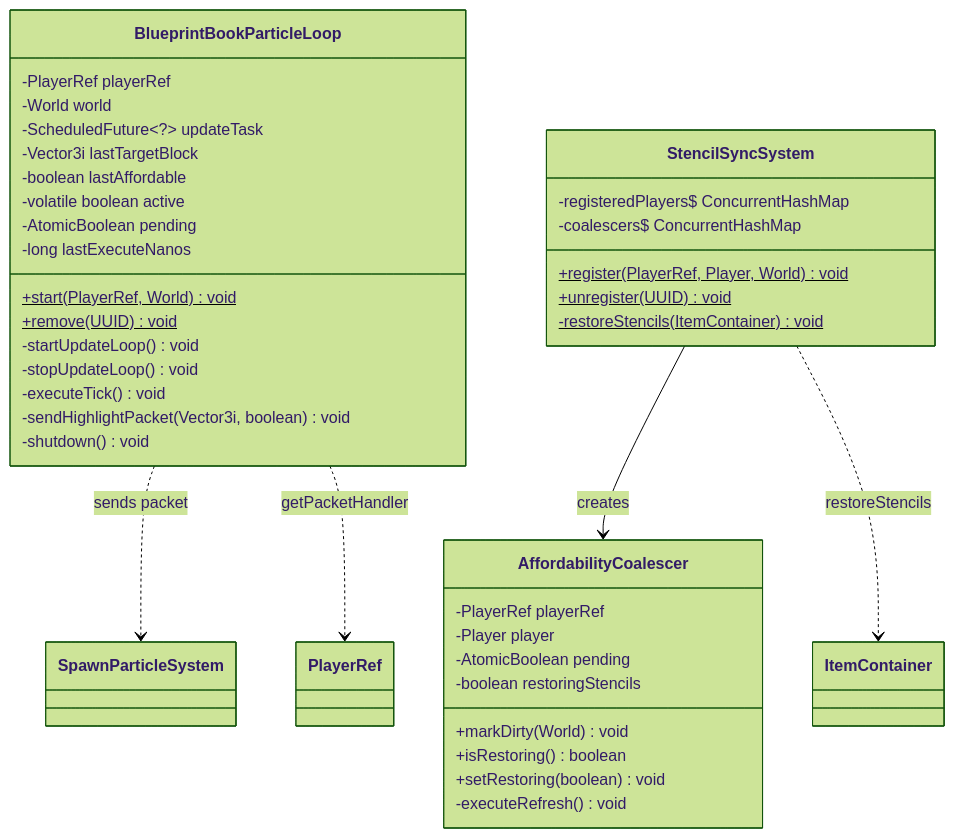
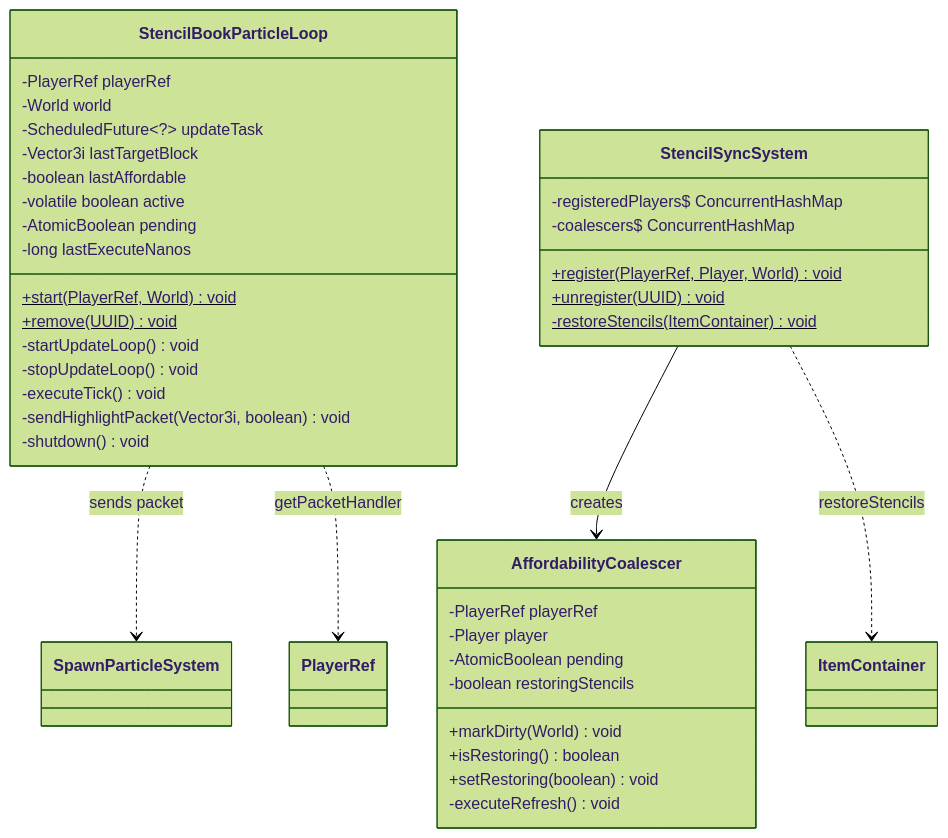
Before and after one commit to TheCodeCreature/Hytale-Example-Plugin: the first of 4 diagrams in docs/design-particle-loop-freeze-fix.md, drawn with Mermaid (forest theme). The commit also changed other lines of this file and 289 other files, not shown here.

````diff
--- a/docs/design-particle-loop-freeze-fix.md
+++ b/docs/design-particle-loop-freeze-fix.md
@@ -19,44 +19,44 @@
 ```mermaid
 classDiagram
-    class BlueprintBookParticleLoop {
+    class StencilBookParticleLoop {
         -PlayerRef playerRef
         -World world
         -ScheduledFuture~?~ updateTask
         -Vector3i lastTargetBlock
         -boolean lastAffordable
         -volatile boolean active
         -AtomicBoolean pending
         -long lastExecuteNanos
         +start(PlayerRef, World)$ void
         +remove(UUID)$ void
         -startUpdateLoop() void
         -stopUpdateLoop() void
         -executeTick() void
         -sendHighlightPacket(Vector3i, boolean) void
         -shutdown() void
     }
 
     class StencilSyncSystem {
         -registeredPlayers$ ConcurrentHashMap
         -coalescers$ ConcurrentHashMap
         +register(PlayerRef, Player, World)$ void
         +unregister(UUID)$ void
         -restoreStencils(ItemContainer)$ void
     }
 
     class AffordabilityCoalescer {
         -PlayerRef playerRef
         -Player player
         -AtomicBoolean pending
         -boolean restoringStencils
         +markDirty(World) void
         +isRestoring() boolean
         +setRestoring(boolean) void
         -executeRefresh() void
     }
 
-    BlueprintBookParticleLoop ..> SpawnParticleSystem : sends packet
-    BlueprintBookParticleLoop ..> PlayerRef : getPacketHandler
+    StencilBookParticleLoop ..> SpawnParticleSystem : sends packet
+    StencilBookParticleLoop ..> PlayerRef : getPacketHandler
     StencilSyncSystem --> AffordabilityCoalescer : creates
     StencilSyncSystem ..> ItemContainer : restoreStencils
 ```
````
